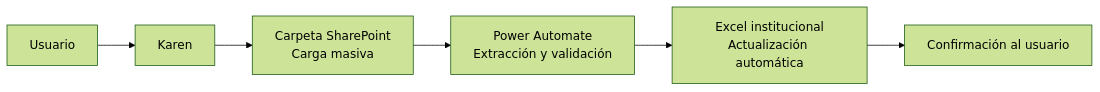
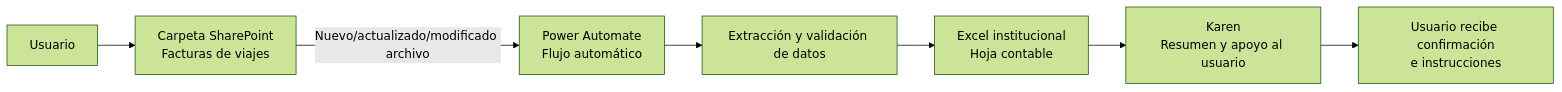
One commit to lab-innovacion-caf/Agentes changed the first of 2 diagrams in README.md. Above: the diagram before and after it, drawn with Mermaid (forest theme). The commit also changed other lines of this file, not shown here.

````diff
--- a/README.md
+++ b/README.md
@@ -88,8 +93,9 @@
 ```mermaid
 flowchart LR
-    U[Usuario] --> K[Karen]
-    K --> S[Carpeta SharePoint<br>Carga masiva]
-    S --> F[Power Automate<br>Extracción y validación]
-    F --> E[Excel institucional<br>Actualización automática]
-    E --> U2[Confirmación al usuario]
+    U[Usuario] --> SP[Carpeta SharePoint<br>Facturas de viajes]
+    SP -->|Nuevo/actualizado/modificado archivo| PA[Power Automate<br>Flujo automático]
+    PA --> X[Extracción y validación de datos]
+    X --> E[Excel institucional<br>Hoja contable]
+    E --> K[Karen<br>Resumen y apoyo al usuario]
+    K --> U2[Usuario recibe confirmación<br>e instrucciones]
 ```
````
